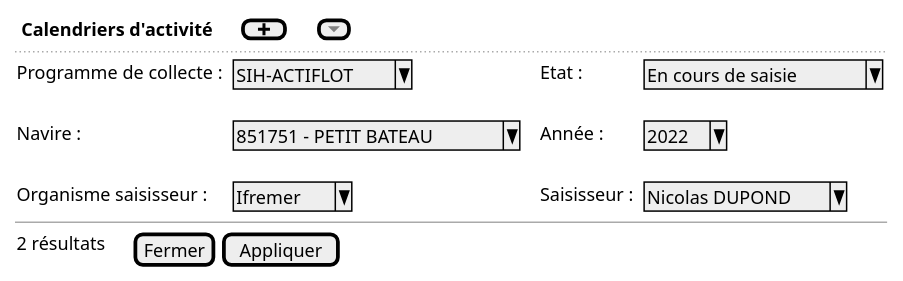
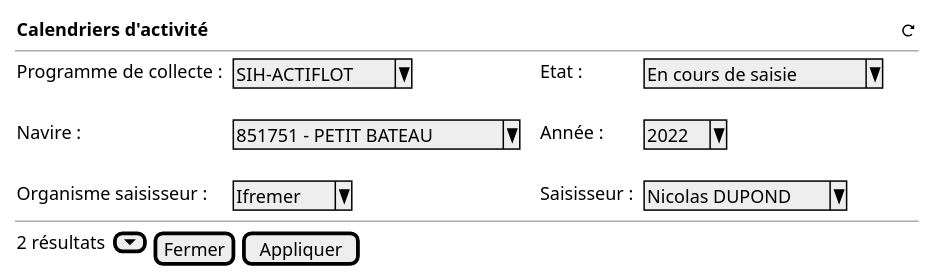
The diagram in projects/activity-calendar/spe/images/activity-calendar-table-filters.puml (sumaris-net/sumaris-doc), drawn with PlantUML before and after one commit. The commit also changed 11 other files, not shown here.

```diff
--- a/projects/activity-calendar/spe/images/activity-calendar-table-filters.puml
+++ b/projects/activity-calendar/spe/images/activity-calendar-table-filters.puml
@@ -1,25 +1,19 @@
 @startsalt
 {
 
-  {
-  <b> Calendriers d'activité | . | . | . | [ <&plus>] | . | . | . | [<color:Grey><&caret-bottom>]}
-  ..
+  {<b>Calendriers d'activité                                                                                                                                                    <&reload>}
+   --
 
     {
         Programme de collecte : | . | ^ SIH-ACTIFLOT^ | . | . | Etat :   | . | ^En cours de saisie^
         .
         Navire : | . | ^ 851751 - PETIT BATEAU^ | . | . | Année : | . | ^ 2022^
         .
         Organisme saisisseur :   | . |^ Ifremer^ |  . | . | Saisisseur :   | . | ^ Nicolas DUPOND^
 
     }
 
-
-
   --
-
-  {
-    2 résultats | . | . | . | [Fermer] | [Appliquer]
-  }
+  {2 résultats  {}[<&caret-bottom>] | [Fermer] | [Appliquer]}}
 }
 @endsalt
```
